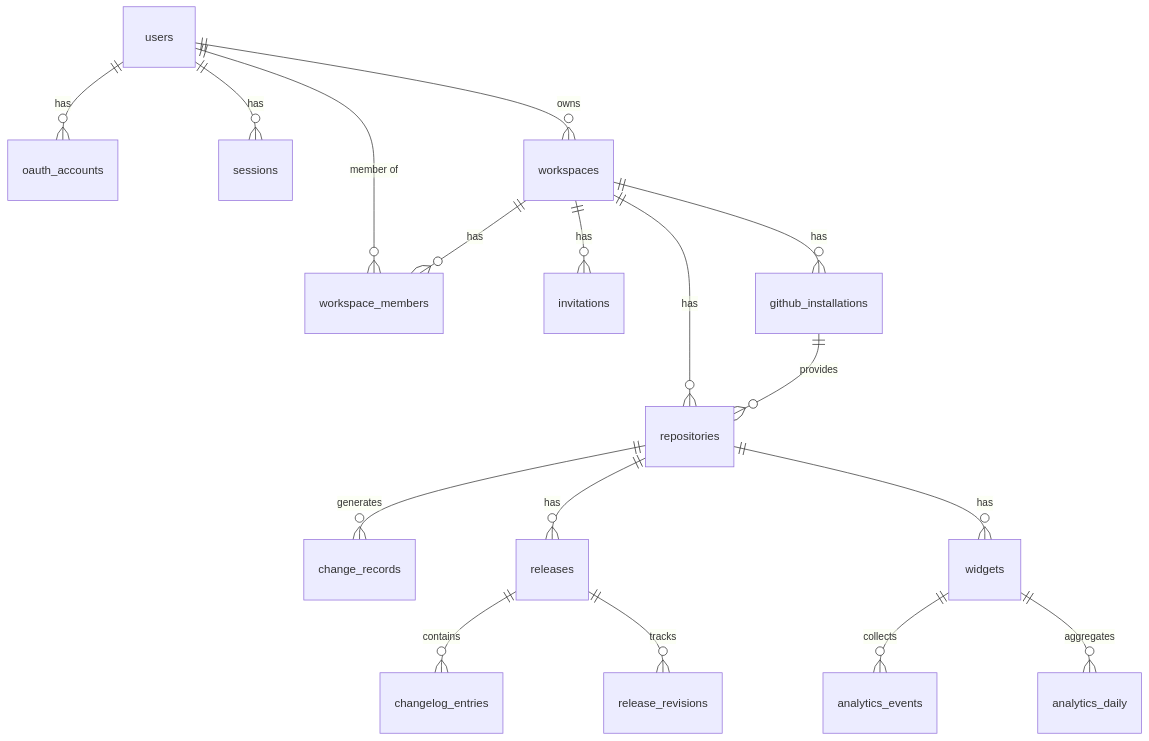
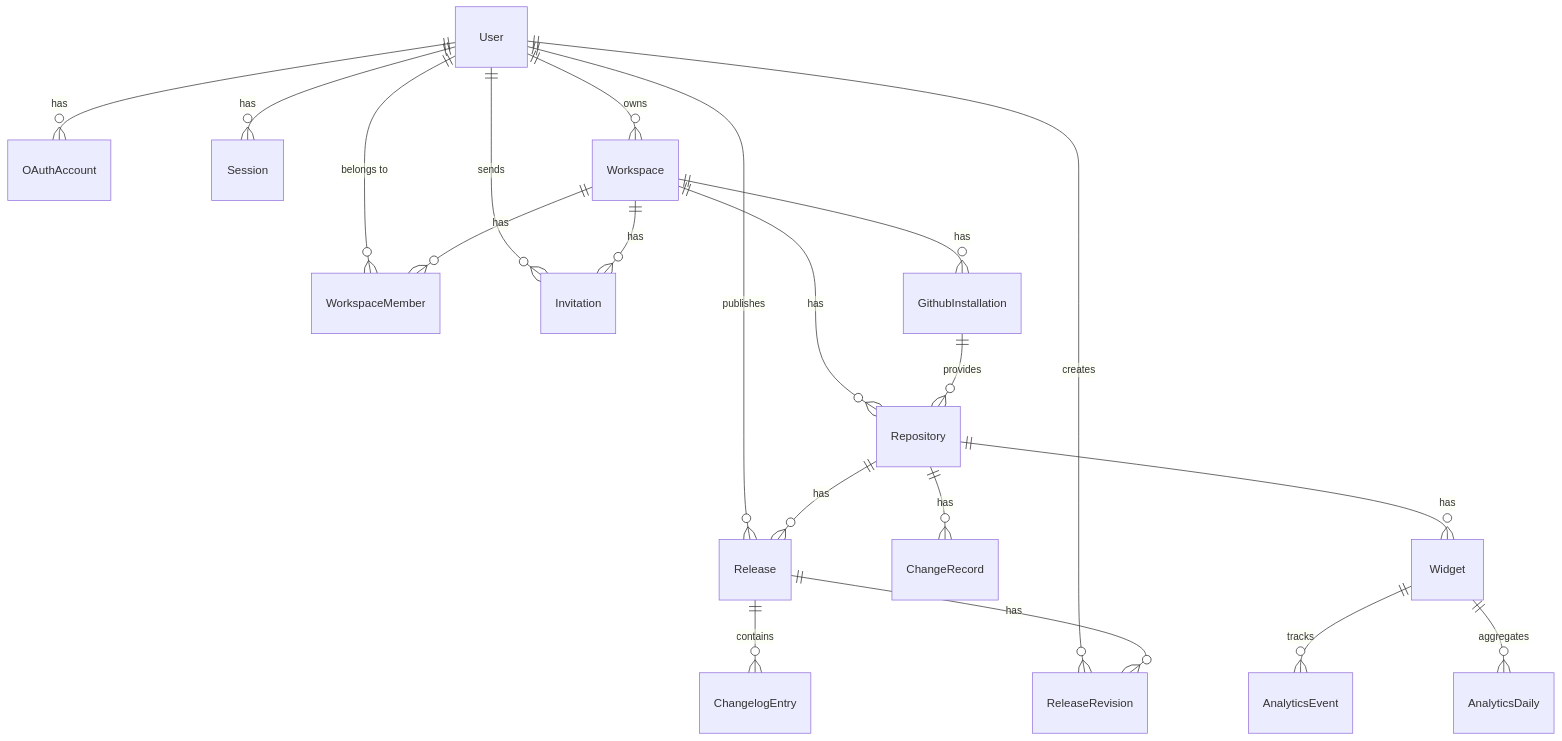
One commit to emeraldhycient/changeloger changed the diagram in docs/database.md. Above: the diagram before and after it, drawn with Mermaid. The commit also changed other lines of this file, not shown here.

Commit message:
docs(database): enhance schema documentation with enums and detailed descriptions

````diff
--- a/docs/database.md
+++ b/docs/database.md
@@ -7,24 +9,27 @@
 ```mermaid
 erDiagram
-    users ||--o{ oauth_accounts : has
-    users ||--o{ sessions : has
-    users ||--o{ workspace_members : "member of"
-    users ||--o{ workspaces : owns
+    User ||--o{ OAuthAccount : "has"
+    User ||--o{ Session : "has"
+    User ||--o{ Workspace : "owns"
+    User ||--o{ WorkspaceMember : "belongs to"
+    User ||--o{ Invitation : "sends"
+    User ||--o{ Release : "publishes"
+    User ||--o{ ReleaseRevision : "creates"
 
-    workspaces ||--o{ workspace_members : has
-    workspaces ||--o{ invitations : has
-    workspaces ||--o{ github_installations : has
-    workspaces ||--o{ repositories : has
+    Workspace ||--o{ WorkspaceMember : "has"
+    Workspace ||--o{ Invitation : "has"
+    Workspace ||--o{ GithubInstallation : "has"
+    Workspace ||--o{ Repository : "has"
 
-    github_installations ||--o{ repositories : provides
+    GithubInstallation ||--o{ Repository : "provides"
 
-    repositories ||--o{ change_records : generates
-    repositories ||--o{ releases : has
-    repositories ||--o{ widgets : has
+    Repository ||--o{ ChangeRecord : "has"
+    Repository ||--o{ Release : "has"
+    Repository ||--o{ Widget : "has"
 
-    releases ||--o{ changelog_entries : contains
-    releases ||--o{ release_revisions : tracks
+    Release ||--o{ ChangelogEntry : "contains"
+    Release ||--o{ ReleaseRevision : "has"
 
-    widgets ||--o{ analytics_events : collects
-    widgets ||--o{ analytics_daily : aggregates
+    Widget ||--o{ AnalyticsEvent : "tracks"
+    Widget ||--o{ AnalyticsDaily : "aggregates"
 ```
````
